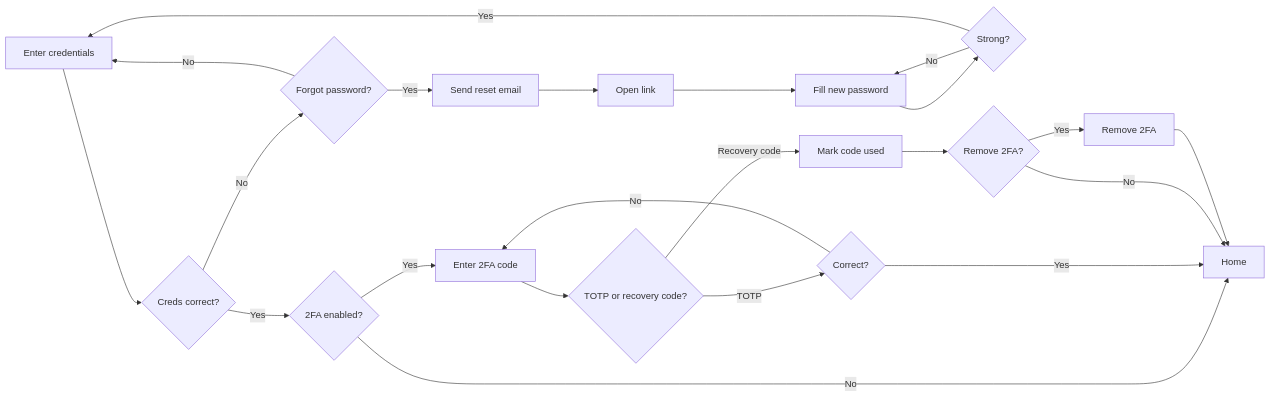
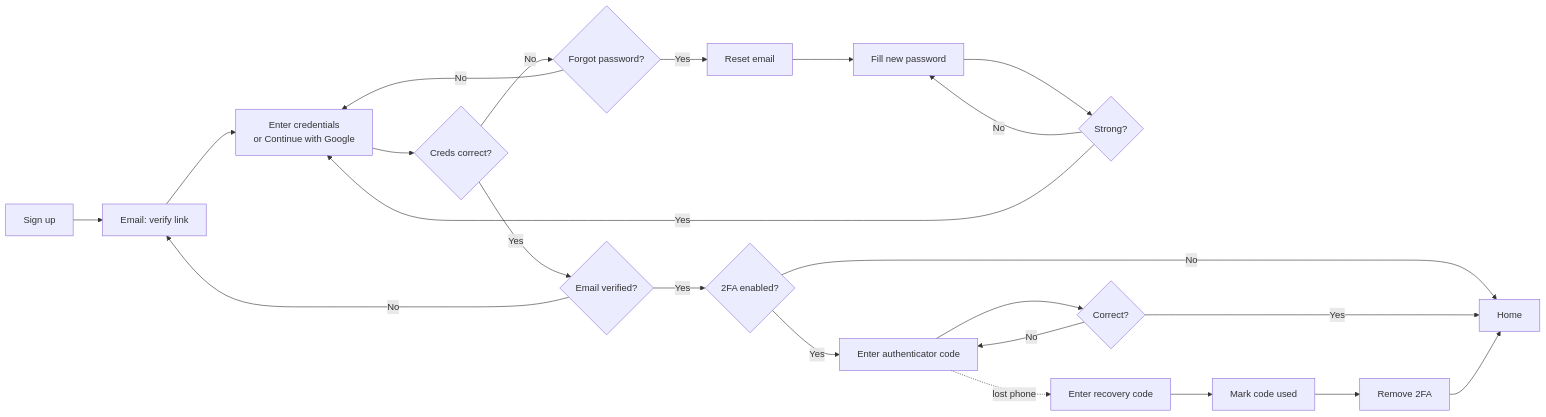
Before and after one commit to AmmadIrshad/Inventory-management-system: the diagram in README.md, drawn with Mermaid. The commit also changed other lines of this file and 82 other files, not shown here.

````diff
--- a/README.md
+++ b/README.md
@@ -15,18 +21,18 @@
 ```mermaid
 flowchart LR
-  A[Enter credentials] --> B{Creds correct?}
+  S[Sign up] --> E[Email: verify link] --> A
+  A[Enter credentials<br>or Continue with Google] --> B{Creds correct?}
   B -- No --> C{Forgot password?}
   C -- No --> A
-  C -- Yes --> D[Send reset email] --> E[Open link] --> F[Fill new password] --> G{Strong?}
+  C -- Yes --> D[Reset email] --> F[Fill new password] --> G{Strong?}
   G -- No --> F
   G -- Yes --> A
-  B -- Yes --> H{2FA enabled?}
+  B -- Yes --> V{Email verified?}
+  V -- No --> E
+  V -- Yes --> H{2FA enabled?}
   H -- No --> Z[Home]
-  H -- Yes --> I[Enter 2FA code] --> J{TOTP or recovery code?}
-  J -- TOTP --> K{Correct?}
+  H -- Yes --> I[Enter authenticator code] --> K{Correct?}
   K -- No --> I
   K -- Yes --> Z
-  J -- Recovery code --> L[Mark code used] --> M{Remove 2FA?}
-  M -- No --> Z
-  M -- Yes --> N[Remove 2FA] --> Z
+  I -. lost phone .-> R[Enter recovery code] --> L[Mark code used] --> N[Remove 2FA] --> Z
 ```
````
